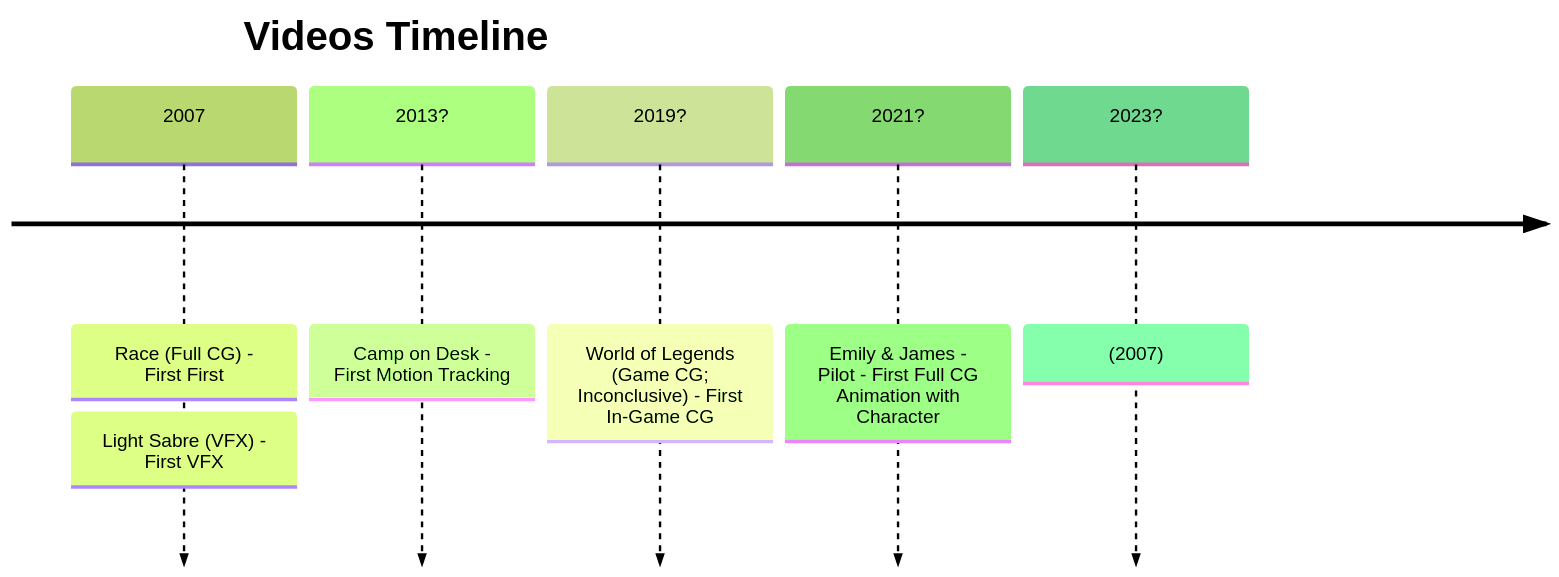
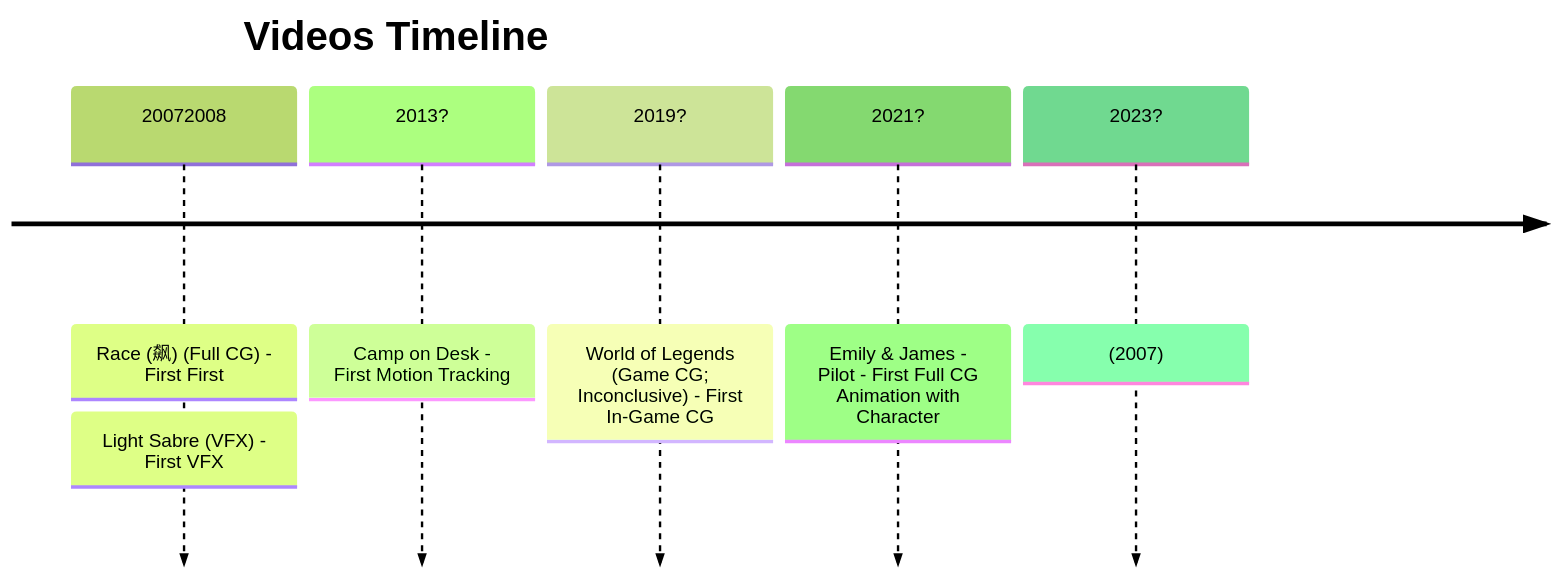
The diagram in Blogs/20231127.md (TotalImagine-com/TotalImagine.com), drawn with Mermaid (forest theme) before and after one commit. The commit also changed other lines of this file, not shown here.

Commit message:
[Blog] Update 20231127

````diff
--- a/Blogs/20231127.md
+++ b/Blogs/20231127.md
@@ -9,15 +9,15 @@
 ```mermaid
 timeline
 title Videos Timeline
-    2007
-        : Race (Full CG) - First First
+    20072008
+        : Race (飙) (Full CG) - First First
         : Light Sabre (VFX) - First VFX
     2013?
         : Camp on Desk - First Motion Tracking
     2019?
         : World of Legends (Game CG; Inconclusive) - First In-Game CG
     2021?
         : Emily & James - Pilot - First Full CG Animation with Character
     2023?
         : (2007)
 ```
````
